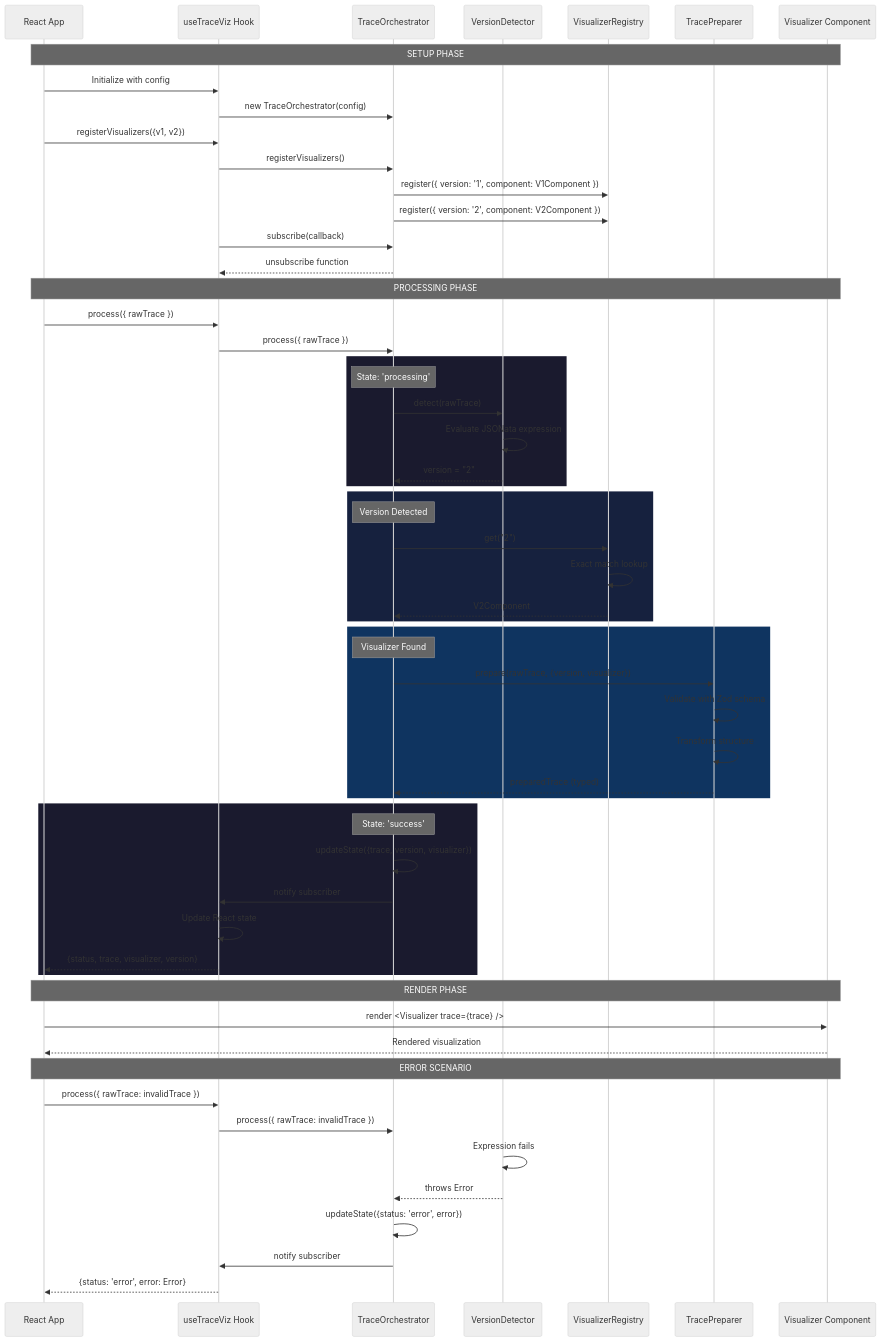
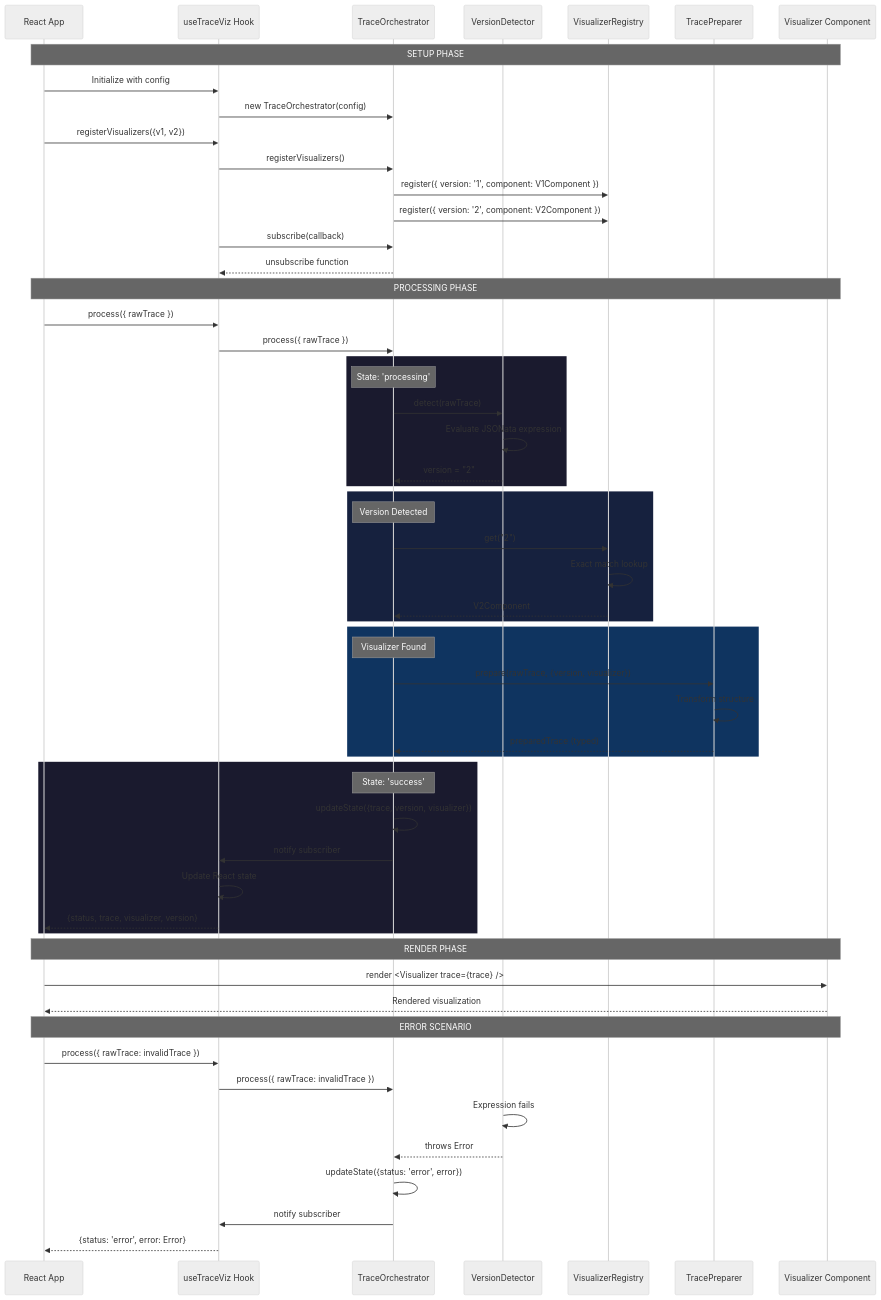
Before and after one commit to marmotize/trace-viz: the third of 3 diagrams in README.md, drawn with Mermaid (neutral theme). The commit also changed 1 other file, not shown here.

Commit message:
docs: remove Zod references from README and tsdown config

````diff
--- a/README.md
+++ b/README.md
@@ -181,67 +181,66 @@
 ```mermaid
 sequenceDiagram
     participant App as React App
     participant Hook as useTraceViz Hook
     participant Orch as TraceOrchestrator
     participant VD as VersionDetector
     participant Reg as VisualizerRegistry
     participant Prep as TracePreparer
     participant Viz as Visualizer Component
 
     Note over App,Viz: SETUP PHASE
     App->>Hook: Initialize with config
     Hook->>Orch: new TraceOrchestrator(config)
     App->>Hook: registerVisualizers({v1, v2})
     Hook->>Orch: registerVisualizers()
     Orch->>Reg: register({ version: '1', component: V1Component })
     Orch->>Reg: register({ version: '2', component: V2Component })
     Hook->>Orch: subscribe(callback)
     Orch-->>Hook: unsubscribe function
 
     Note over App,Viz: PROCESSING PHASE
     App->>Hook: process({ rawTrace })
     Hook->>Orch: process({ rawTrace })
 
     rect rgb(26, 26, 46)
         Note over Orch: State: 'processing'
         Orch->>VD: detect(rawTrace)
         VD->>VD: Evaluate JSONata expression
         VD-->>Orch: version = "2"
     end
 
     rect rgb(22, 33, 62)
         Note over Orch: Version Detected
         Orch->>Reg: get("2")
         Reg->>Reg: Exact match lookup
         Reg-->>Orch: V2Component
     end
 
     rect rgb(15, 52, 96)
         Note over Orch: Visualizer Found
         Orch->>Prep: prepare(rawTrace, {version, visualizer})
-        Prep->>Prep: Validate with Zod schema
         Prep->>Prep: Transform structure
         Prep-->>Orch: preparedTrace (typed)
     end
 
     rect rgb(26, 26, 46)
         Note over Orch: State: 'success'
         Orch->>Orch: updateState({trace, version, visualizer})
         Orch->>Hook: notify subscriber
         Hook->>Hook: Update React state
         Hook-->>App: {status, trace, visualizer, version}
     end
 
     Note over App,Viz: RENDER PHASE
     App->>Viz: render <Visualizer trace={trace} />
     Viz-->>App: Rendered visualization
 
     Note over App,Viz: ERROR SCENARIO
     App->>Hook: process({ rawTrace: invalidTrace })
     Hook->>Orch: process({ rawTrace: invalidTrace })
     VD->>VD: Expression fails
     VD-->>Orch: throws Error
     Orch->>Orch: updateState({status: 'error', error})
     Orch->>Hook: notify subscriber
     Hook-->>App: {status: 'error', error: Error}
 ```
````
